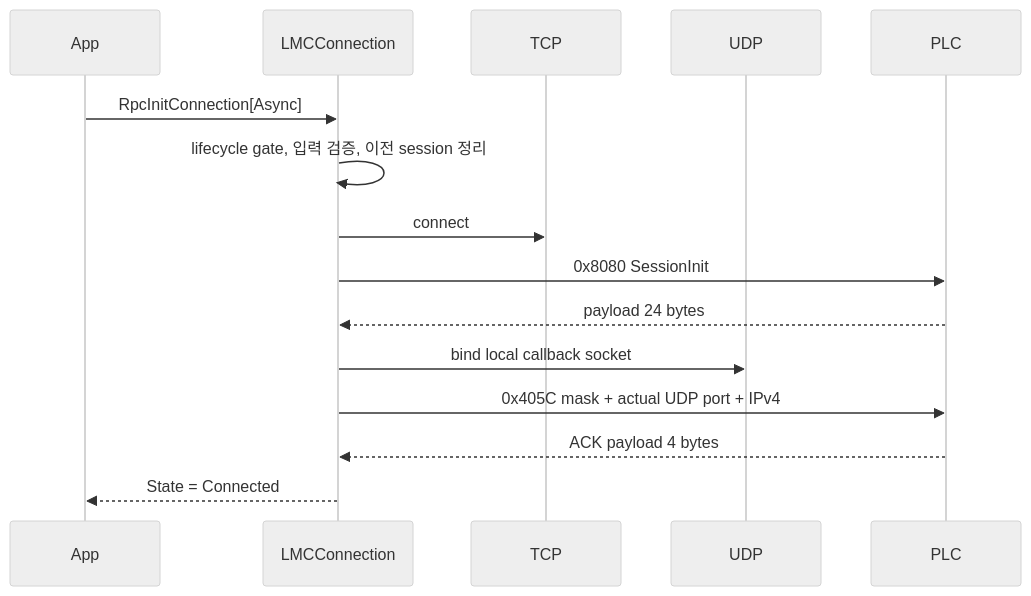
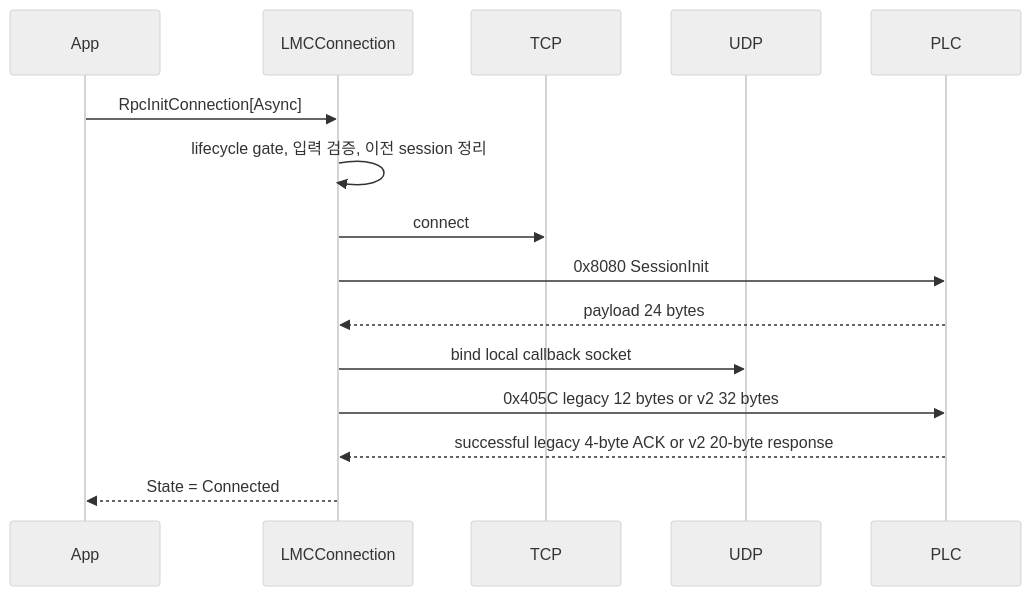
The third of 5 diagrams in LMC_Library/LMC_API/API_DEVELOPMENT_GUIDE.md (dreiven61/Elmo_Master), drawn with Mermaid (neutral theme) before and after one commit. The commit also changed other lines of this file and 11 other files, not shown here.

````diff
--- a/LMC_Library/LMC_API/API_DEVELOPMENT_GUIDE.md
+++ b/LMC_Library/LMC_API/API_DEVELOPMENT_GUIDE.md
@@ -216,17 +219,17 @@
 ```mermaid
 sequenceDiagram
     participant App
     participant Conn as LMCConnection
     participant TCP
     participant UDP
     participant PLC
     App->>Conn: RpcInitConnection[Async]
     Conn->>Conn: lifecycle gate, 입력 검증, 이전 session 정리
     Conn->>TCP: connect
     Conn->>PLC: 0x8080 SessionInit
     PLC-->>Conn: payload 24 bytes
     Conn->>UDP: bind local callback socket
-    Conn->>PLC: 0x405C mask + actual UDP port + IPv4
-    PLC-->>Conn: ACK payload 4 bytes
+    Conn->>PLC: 0x405C legacy 12 bytes or v2 32 bytes
+    PLC-->>Conn: successful legacy 4-byte ACK or v2 20-byte response
     Conn-->>App: State = Connected
 ```
````
